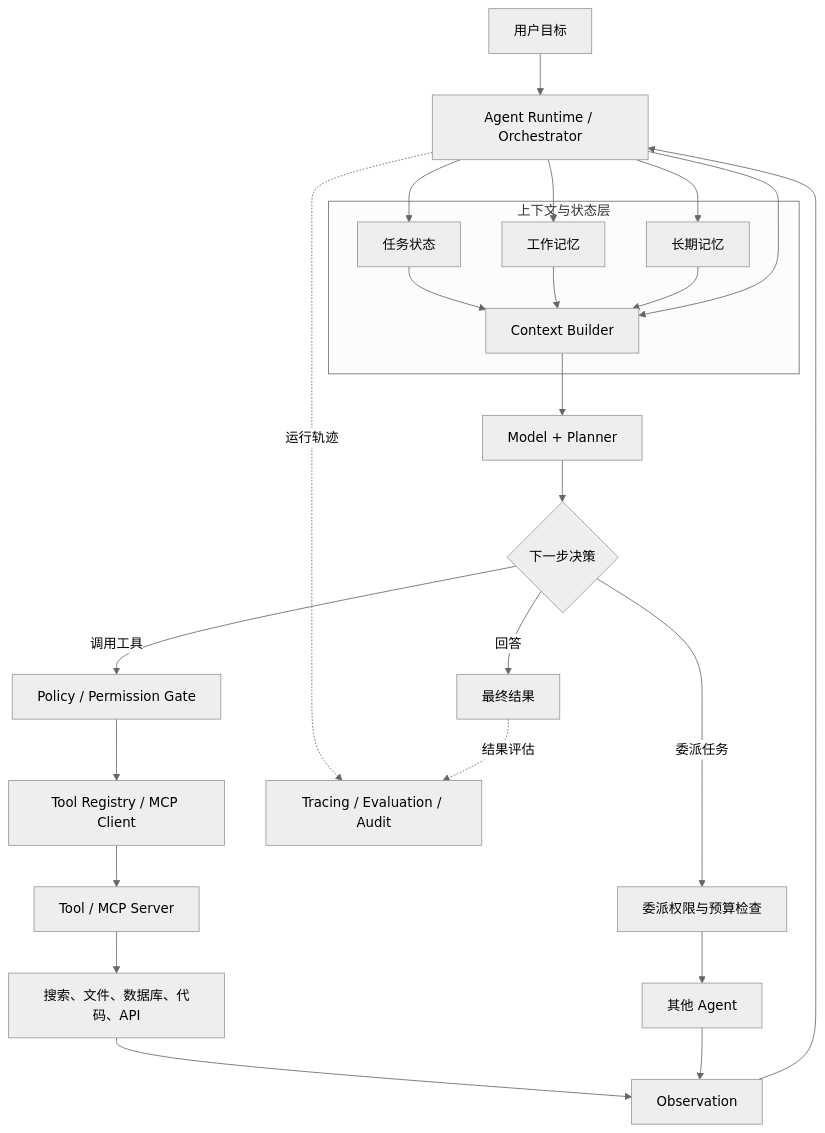
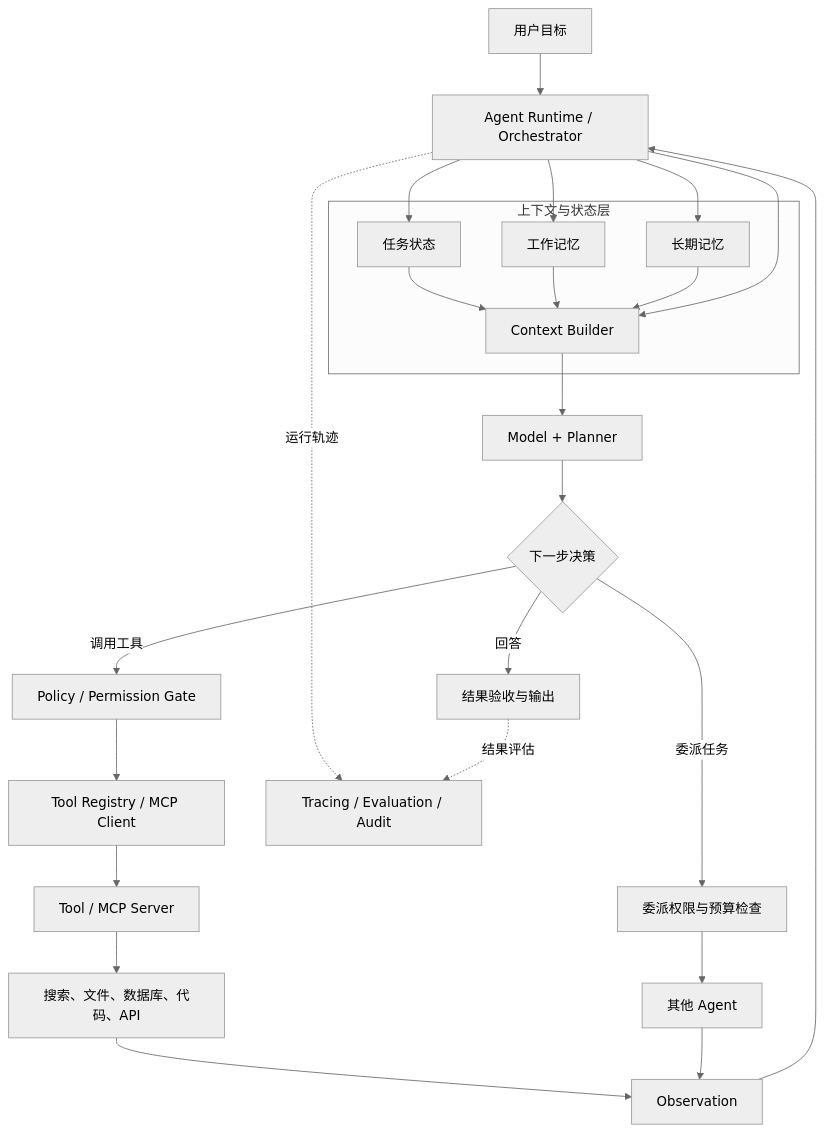
The first of 8 diagrams in docs/agent/01-foundations/02-agent-architecture.md (oneleaveknowsthefall/awesome-ai-roadmap), drawn with Mermaid (neutral theme) before and after one commit. The commit also changed other lines of this file and 34 other files, not shown here.

````diff
--- a/docs/agent/01-foundations/02-agent-architecture.md
+++ b/docs/agent/01-foundations/02-agent-architecture.md
@@ -31,37 +31,37 @@
 ```mermaid
 flowchart TB
     U[用户目标] --> RT[Agent Runtime / Orchestrator]
 
     subgraph Context[上下文与状态层]
         ST[任务状态]
         WM[工作记忆]
         LM[长期记忆]
         CB[Context Builder]
         ST --> CB
         WM --> CB
         LM --> CB
     end
 
     RT --> CB
     CB --> MP[Model + Planner]
     MP --> DEC{下一步决策}
 
-    DEC -->|回答| OUT[最终结果]
+    DEC -->|回答| OUT[结果验收与输出]
     DEC -->|调用工具| PG[Policy / Permission Gate]
     DEC -->|委派任务| DG[委派权限与预算检查]
     DG --> A2A[其他 Agent]
 
     PG --> TR[Tool Registry / MCP Client]
     TR --> TS[Tool / MCP Server]
     TS --> ENV[搜索、文件、数据库、代码、API]
     ENV --> OBS[Observation]
 
     A2A --> OBS
     OBS --> RT
     RT --> ST
     RT --> WM
     RT --> LM
 
     RT -.运行轨迹.-> OT[Tracing / Evaluation / Audit]
     OUT -.结果评估.-> OT
 ```
````
